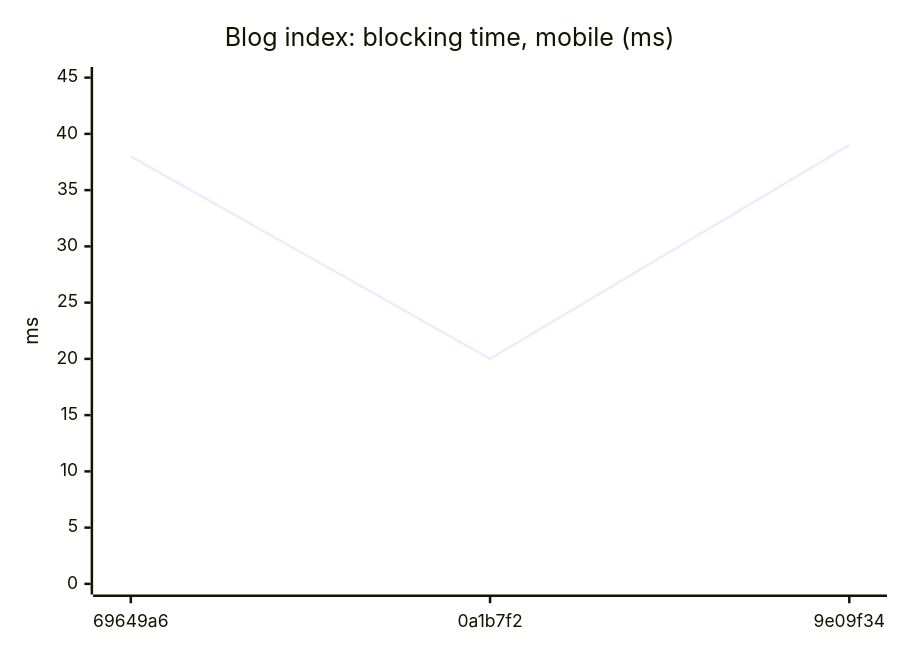
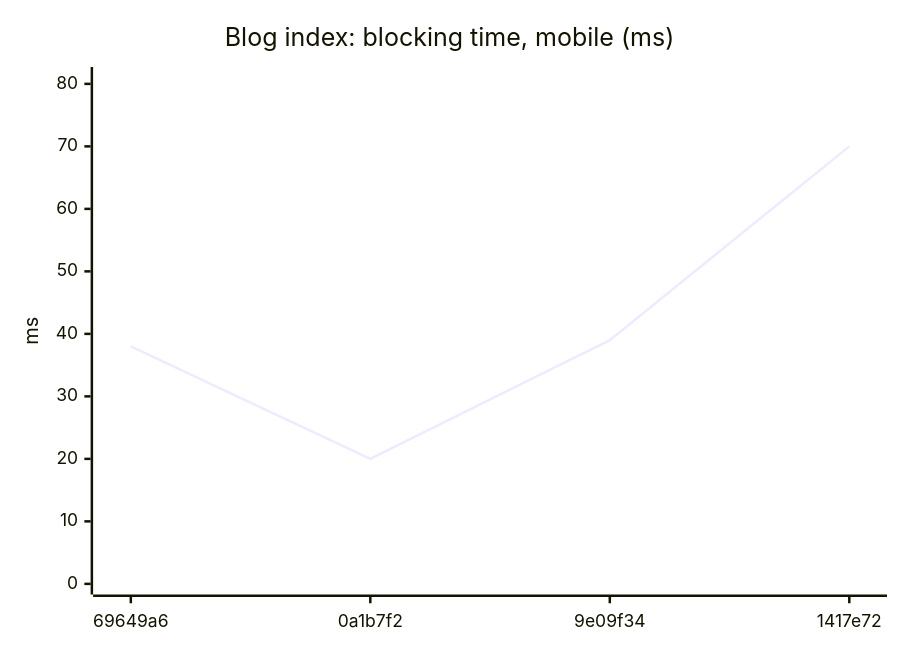
Before and after one commit to AxelUser/maltsev.space: the fourth of 18 diagrams in README.md, drawn with Mermaid. The commit also changed other lines of this file and 1 other file, not shown here.

````diff
--- a/README.md
+++ b/README.md
@@ -61,7 +61,7 @@
 ```mermaid
 xychart-beta
   title "Blog index: blocking time, mobile (ms)"
-  x-axis ["69649a6", "0a1b7f2", "9e09f34"]
-  y-axis "ms" 0 --> 45
-  line [38, 20, 39]
+  x-axis ["69649a6", "0a1b7f2", "9e09f34", "1417e72"]
+  y-axis "ms" 0 --> 81
+  line [38, 20, 39, 70]
 ```
````
